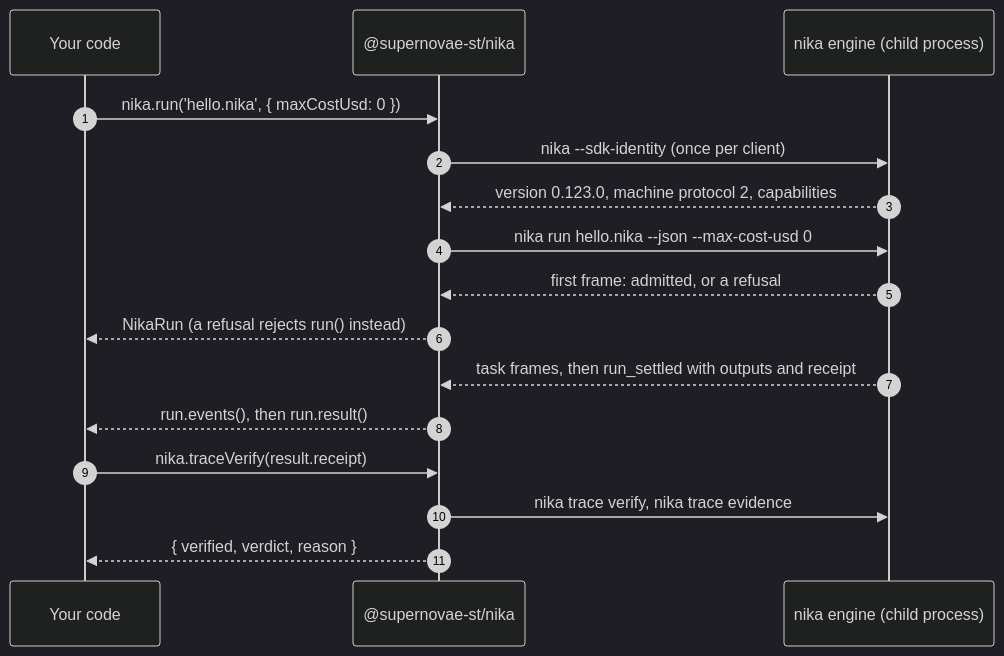
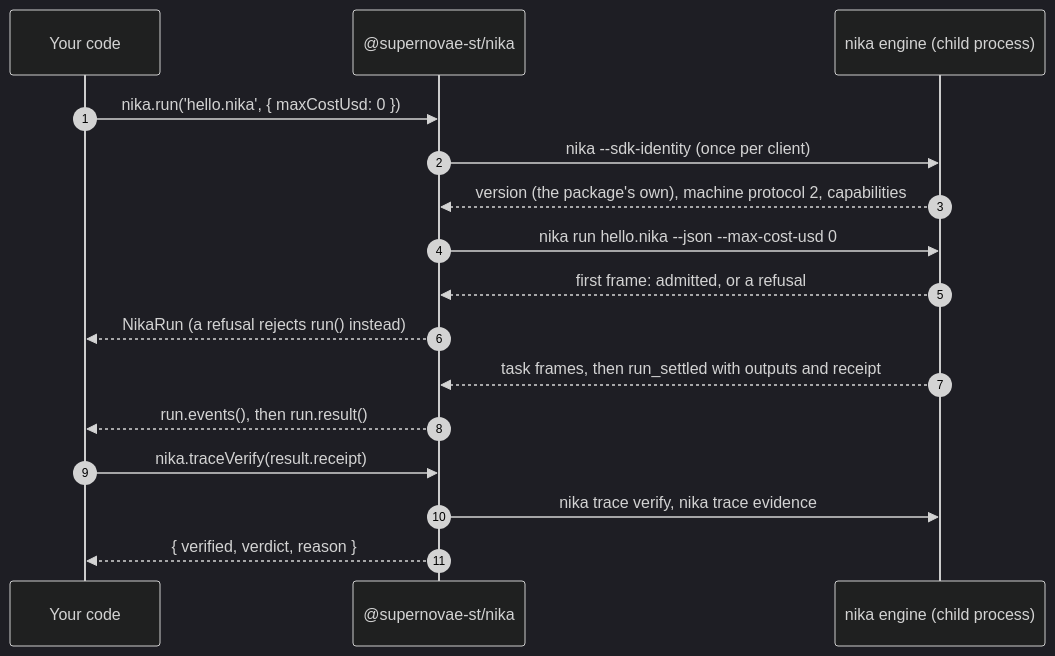
Before and after one commit to supernovae-st/nika-client: the diagram in README.md, drawn with Mermaid (dark theme). The commit also changed other lines of this file and 1 other file, not shown here.

````diff
--- a/README.md
+++ b/README.md
@@ -237,18 +237,18 @@
 ```mermaid
 sequenceDiagram
   autonumber
   participant App as Your code
   participant SDK as @supernovae-st/nika
   participant Engine as nika engine (child process)
   App->>SDK: nika.run('hello.nika', { maxCostUsd: 0 })
   SDK->>Engine: nika --sdk-identity (once per client)
-  Engine-->>SDK: version 0.123.0, machine protocol 2, capabilities
+  Engine-->>SDK: version (the package's own), machine protocol 2, capabilities
   SDK->>Engine: nika run hello.nika --json --max-cost-usd 0
   Engine-->>SDK: first frame: admitted, or a refusal
   SDK-->>App: NikaRun (a refusal rejects run() instead)
   Engine-->>SDK: task frames, then run_settled with outputs and receipt
   SDK-->>App: run.events(), then run.result()
   App->>SDK: nika.traceVerify(result.receipt)
   SDK->>Engine: nika trace verify, nika trace evidence
   SDK-->>App: { verified, verdict, reason }
 ```
````
